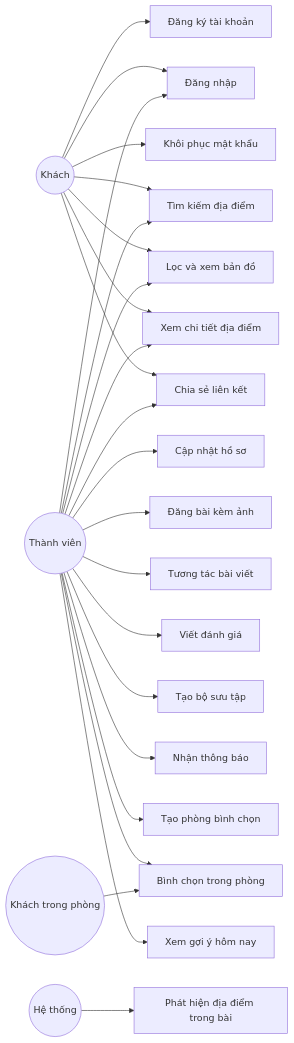
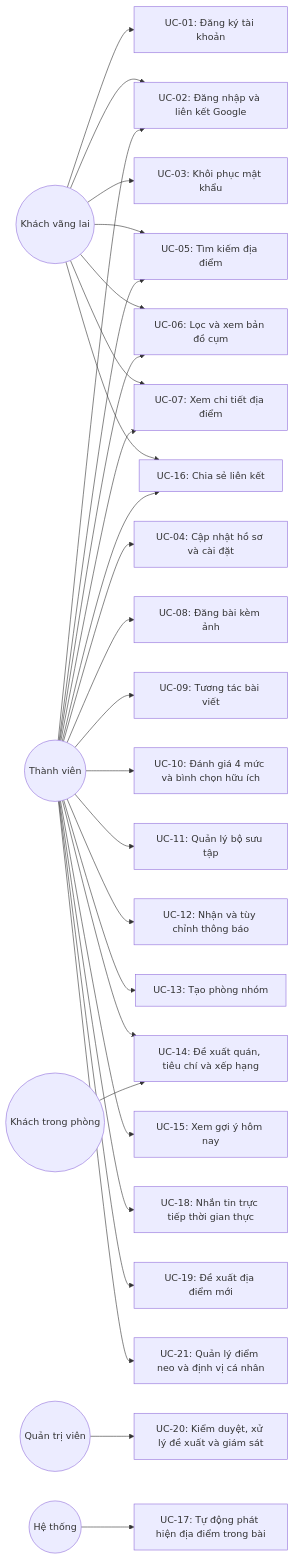
Before and after one commit to longqt321/Rendez-PBL6: the second of 24 diagrams in docs/bao-cao/BAO-CAO-DO-AN.md, drawn with Mermaid. The commit also changed other lines of this file and 71 other files, not shown here.

Commit message:
feat(schema,backend): complete UX API features, role isolation, and submissions

````diff
--- a/docs/bao-cao/BAO-CAO-DO-AN.md
+++ b/docs/bao-cao/BAO-CAO-DO-AN.md
@@ -518,49 +586,58 @@
 ```mermaid
 flowchart LR
-    Guest(("Khách"))
+    Guest(("Khách vãng lai"))
     Member(("Thành viên"))
     RoomGuest(("Khách trong phòng"))
+    Admin(("Quản trị viên"))
     Sys(("Hệ thống"))
 
-    UC01["Đăng ký tài khoản"]
-    UC02["Đăng nhập"]
-    UC03["Khôi phục mật khẩu"]
-    UC04["Cập nhật hồ sơ"]
-    UC05["Tìm kiếm địa điểm"]
-    UC06["Lọc và xem bản đồ"]
-    UC07["Xem chi tiết địa điểm"]
-    UC08["Đăng bài kèm ảnh"]
-    UC09["Tương tác bài viết"]
-    UC10["Viết đánh giá"]
-    UC11["Tạo bộ sưu tập"]
-    UC12["Nhận thông báo"]
-    UC13["Tạo phòng bình chọn"]
-    UC14["Bình chọn trong phòng"]
-    UC15["Xem gợi ý hôm nay"]
-    UC16["Chia sẻ liên kết"]
-    UC17["Phát hiện địa điểm trong bài"]
+    UC01["UC-01: Đăng ký tài khoản"]
+    UC02["UC-02: Đăng nhập và liên kết Google"]
+    UC03["UC-03: Khôi phục mật khẩu"]
+    UC04["UC-04: Cập nhật hồ sơ và cài đặt"]
+    UC05["UC-05: Tìm kiếm địa điểm"]
+    UC06["UC-06: Lọc và xem bản đồ cụm"]
+    UC07["UC-07: Xem chi tiết địa điểm"]
+    UC08["UC-08: Đăng bài kèm ảnh"]
+    UC09["UC-09: Tương tác bài viết"]
+    UC10["UC-10: Đánh giá 4 mức và bình chọn hữu ích"]
+    UC11["UC-11: Quản lý bộ sưu tập"]
+    UC12["UC-12: Nhận và tùy chỉnh thông báo"]
+    UC13["UC-13: Tạo phòng nhóm"]
+    UC14["UC-14: Đề xuất quán, tiêu chí và xếp hạng"]
+    UC15["UC-15: Xem gợi ý hôm nay"]
+    UC16["UC-16: Chia sẻ liên kết"]
+    UC17["UC-17: Tự động phát hiện địa điểm trong bài"]
+    UC18["UC-18: Nhắn tin trực tiếp thời gian thực"]
+    UC19["UC-19: Đề xuất địa điểm mới"]
+    UC20["UC-20: Kiểm duyệt, xử lý đề xuất và giám sát"]
+    UC21["UC-21: Quản lý điểm neo và định vị cá nhân"]
 
     Guest --> UC01
     Guest --> UC02
     Guest --> UC03
     Guest --> UC05
     Guest --> UC06
     Guest --> UC07
     Guest --> UC16
     Member --> UC02
     Member --> UC04
     Member --> UC05
     Member --> UC06
     Member --> UC07
     Member --> UC08
     Member --> UC09
     Member --> UC10
     Member --> UC11
     Member --> UC12
     Member --> UC13
     Member --> UC14
     Member --> UC15
     Member --> UC16
+    Member --> UC18
+    Member --> UC19
+    Member --> UC21
     RoomGuest --> UC14
+    Admin --> UC20
     Sys --> UC17
 ```
````
